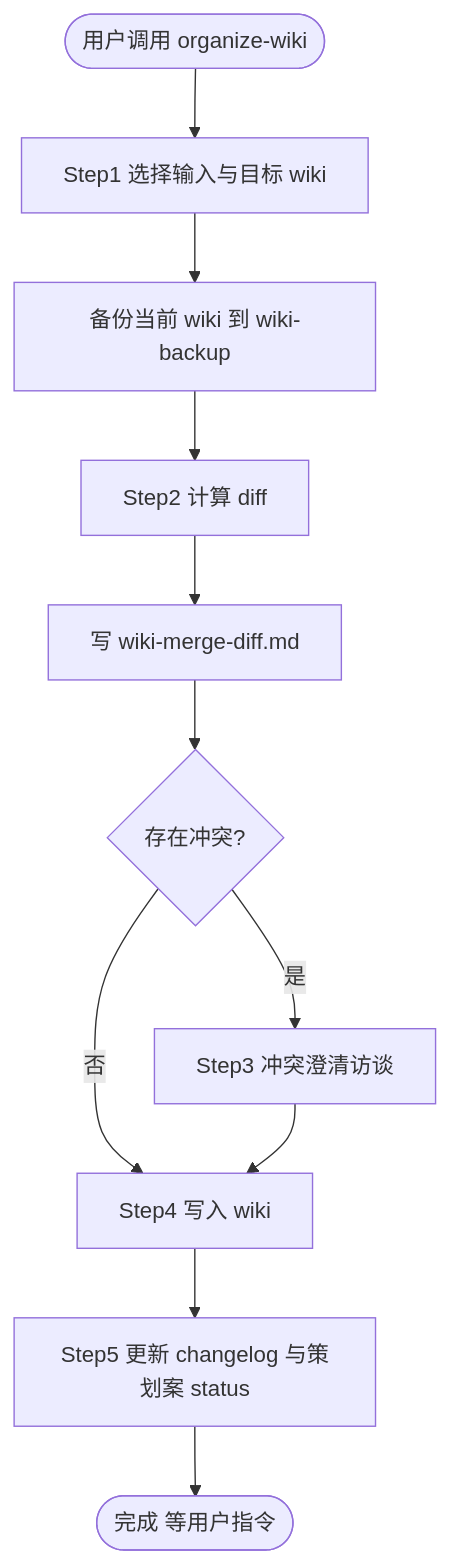
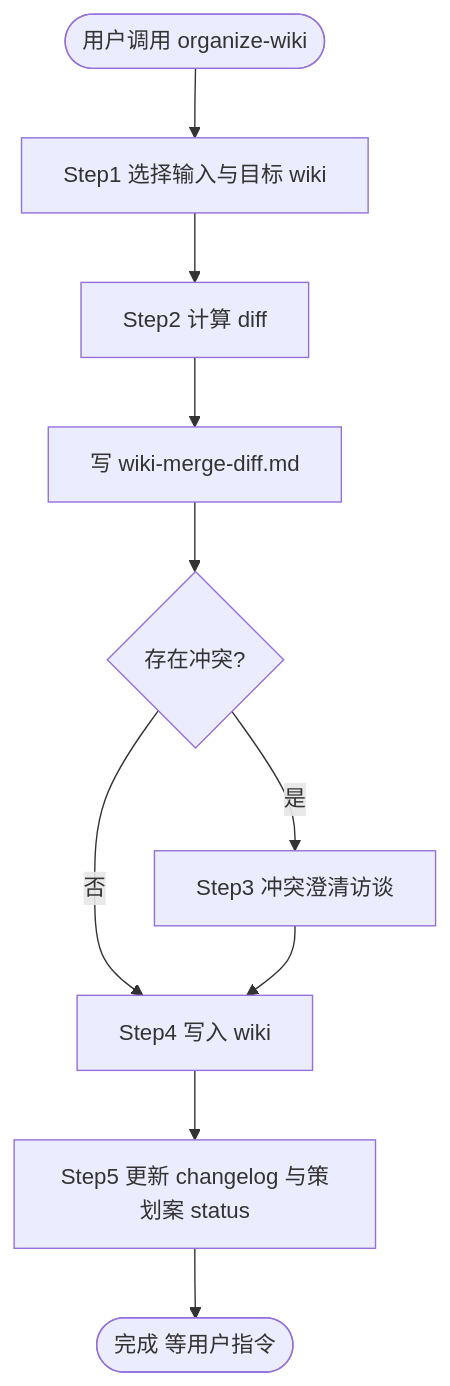
Before and after one commit to Hikaru518/stellar-frontier: the diagram in .opencode/skills/organize-wiki/SKILL.md, drawn with Mermaid. The commit also changed other lines of this file and 23 other files, not shown here.

````diff
--- a/.opencode/skills/organize-wiki/SKILL.md
+++ b/.opencode/skills/organize-wiki/SKILL.md
@@ -21,13 +22,12 @@
 ```mermaid
 flowchart TD
     startNode([用户调用 organize-wiki]) --> step1[Step1 选择输入与目标 wiki]
-    step1 --> backup[备份当前 wiki 到 wiki-backup]
-    backup --> step2[Step2 计算 diff]
+    step1 --> step2[Step2 计算 diff]
     step2 --> diffReport[写 wiki-merge-diff.md]
     diffReport --> hasConflict{存在冲突?}
     hasConflict -- "是" --> step3[Step3 冲突澄清访谈]
     hasConflict -- "否" --> step4
     step3 --> step4[Step4 写入 wiki]
     step4 --> step5[Step5 更新 changelog 与策划案 status]
     step5 --> doneNode([完成 等用户指令])
 ```
````
